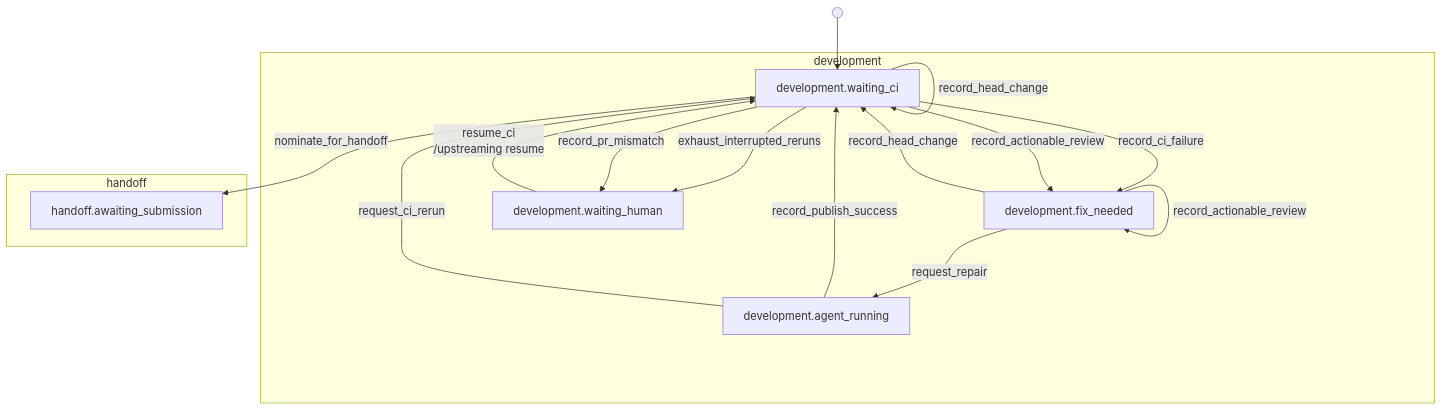
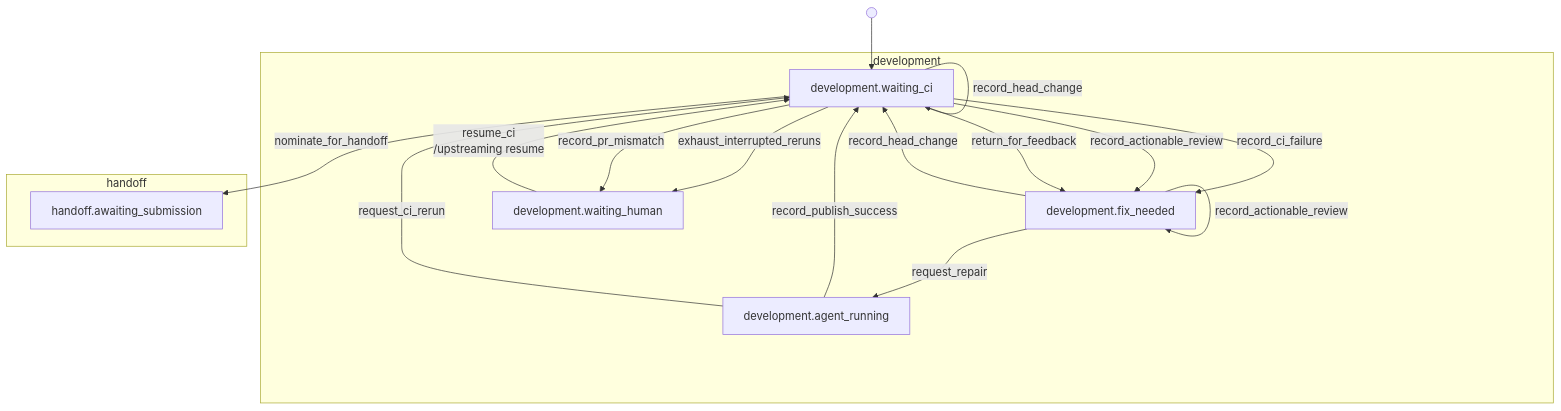
The ninth of 34 diagrams in docs/state-machine/index.md (riseproject-dev/porting-agent), drawn with Mermaid before and after one commit. The commit also changed other lines of this file and 17 other files, not shown here.

Commit message:
Return passing CI with pending feedback to due Work

````diff
--- a/docs/state-machine/index.md
+++ b/docs/state-machine/index.md
@@ -343,28 +344,29 @@
 ```mermaid
 flowchart TB
     subgraph development["development"]
         development_waiting_ci["development.waiting_ci"]
         development_fix_needed["development.fix_needed"]
         development_agent_running["development.agent_running"]
         development_waiting_human["development.waiting_human"]
     end
     subgraph handoff["handoff"]
         handoff_awaiting_submission["handoff.awaiting_submission"]
     end
 
     start_1(( )) --> development_waiting_ci
     development_waiting_ci -->|record_ci_failure| development_fix_needed
     development_waiting_ci -->|record_actionable_review| development_fix_needed
     development_fix_needed -->|record_actionable_review| development_fix_needed
     development_waiting_ci -->|record_explanation| development_waiting_ci
     development_fix_needed -->|request_repair| development_agent_running
     development_agent_running -->|record_publish_success| development_waiting_ci
     development_agent_running -->|request_ci_rerun| development_waiting_ci
     development_waiting_ci -->|nominate_for_handoff| handoff_awaiting_submission
     development_waiting_ci -->|rerun_interrupted_ci| development_waiting_ci
     development_waiting_ci -->|exhaust_interrupted_reruns| development_waiting_human
     development_waiting_human -->|resume_ci<br/>/upstreaming resume| development_waiting_ci
     development_waiting_ci -->|record_head_change| development_waiting_ci
     development_fix_needed -->|record_head_change| development_waiting_ci
+    development_waiting_ci -->|return_for_feedback| development_fix_needed
     development_waiting_ci -->|record_pr_mismatch| development_waiting_human
 ```
````
